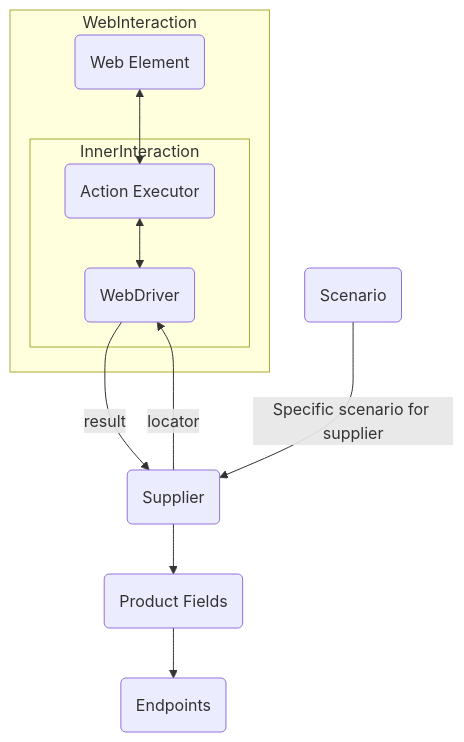
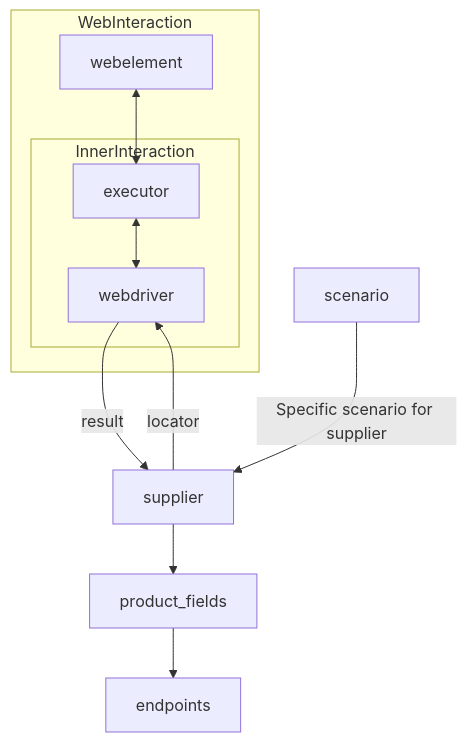
The second of 2 diagrams in docs/gemini/ru/explainer/src/suppliers/readme.md.md (hypo69/hypo), drawn with Mermaid before and after one commit. The commit also changed other lines of this file and 3338 other files, not shown here.

````diff
--- a/docs/gemini/ru/explainer/src/suppliers/readme.md.md
+++ b/docs/gemini/ru/explainer/src/suppliers/readme.md.md
@@ -47,14 +56,14 @@
 ```mermaid
 graph TD
     subgraph WebInteraction
-        webelement(Web Element) <--> executor(Action Executor)
+        webelement <--> executor
         subgraph InnerInteraction
-            executor <--> webdriver(WebDriver)
+            executor <--> webdriver
         end
     end
-    webdriver -->|result| supplier(Supplier)
+    webdriver -->|result| supplier
     supplier -->|locator| webdriver
-    supplier --> product_fields(Product Fields)
-    product_fields --> endpoints(Endpoints)
-    scenario(Scenario) -->|Specific scenario for supplier| supplier
+    supplier --> product_fields
+    product_fields --> endpoints
+    scenario -->|Specific scenario for supplier| supplier
 ```
````
